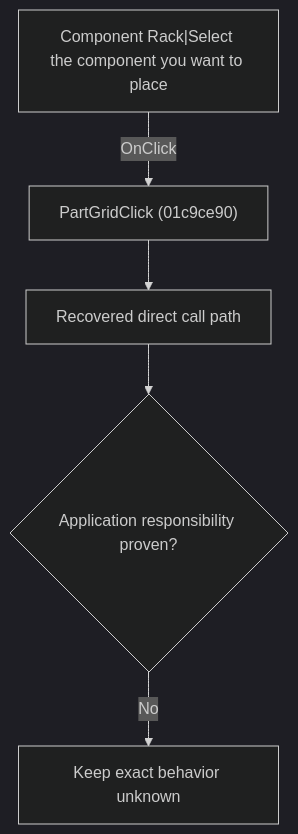
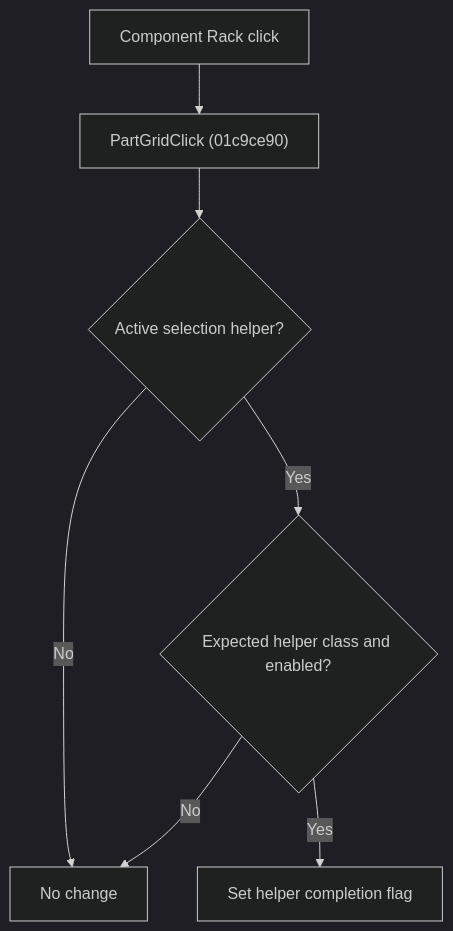
The diagram in docs/ui-controls/schematiceditor/partgrid-15242ec93a.md (MovGP0/TIARA), drawn with Mermaid (dark theme) before and after one commit. The commit also changed other lines of this file and 241 other files, not shown here.

````diff
--- a/docs/ui-controls/schematiceditor/partgrid-15242ec93a.md
+++ b/docs/ui-controls/schematiceditor/partgrid-15242ec93a.md
@@ -27,7 +22,9 @@
 ```mermaid
 flowchart TD
-    control["Component Rack|Select the component you want to place"] -->|"OnClick"| handler["PartGridClick (01c9ce90)"]
-    handler --> recovered["Recovered direct call path"]
-    recovered --> gap{"Application responsibility proven?"}
-    gap -->|"No"| blocked["Keep exact behavior unknown"]
+    control["Component Rack click"] --> handler["PartGridClick (01c9ce90)"]
+    handler --> active{"Active selection helper?"}
+    active -->|"No"| noop["No change"]
+    active -->|"Yes"| expected{"Expected helper class and enabled?"}
+    expected -->|"No"| noop
+    expected -->|"Yes"| signal["Set helper completion flag"]
 ```
````
